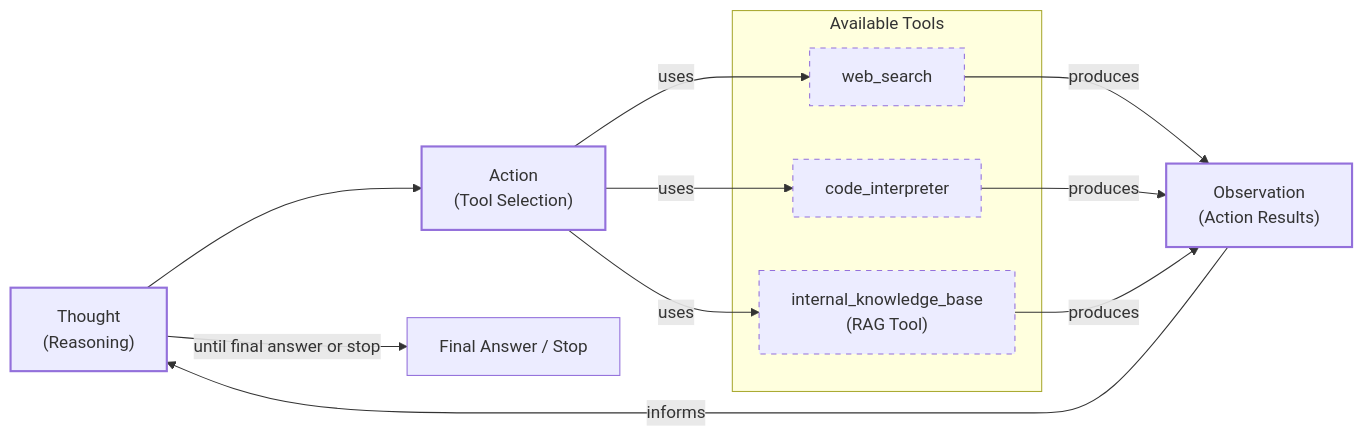
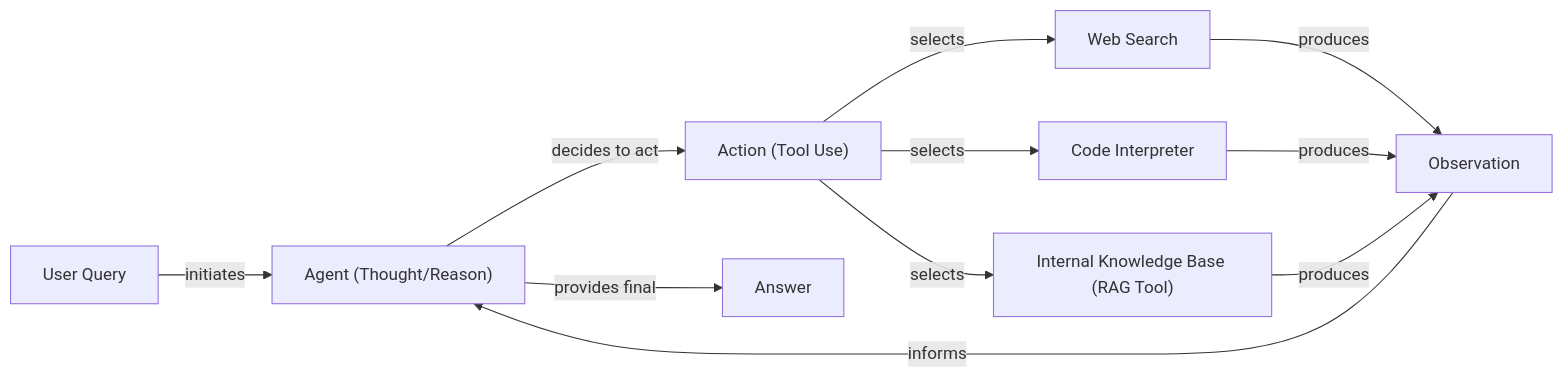
One commit to YMaXing/Research-Agent-reinforced-by-RL changed the fourth of 4 diagrams in RL_researcher_writer_ymaxing/rl_training_data/noise_experiment/09_RAG__var_standard__replicate1__preset1/article.md. Above: the diagram before and after it, drawn with Mermaid. The commit also changed other lines of this file and 4528 other files, not shown here.

````diff
--- a/RL_researcher_writer_ymaxing/rl_training_data/noise_experiment/09_RAG__var_standard__replicate1__preset1/article.md
+++ b/RL_researcher_writer_ymaxing/rl_training_data/noise_experiment/09_RAG__var_standard__replicate1__preset1/article.md
@@ -209,30 +170,21 @@
 ```mermaid
 flowchart LR
-  %% Agentic RAG System Main Loop
-  Thought["Thought<br/>(Reasoning)"] --> Action["Action<br/>(Tool Selection)"]
+    A["User Query"] -- "initiates" --> B["Agent (Thought/Reason)"]
 
-  subgraph Tools["Available Tools"]
-    web_search["web_search"]
-    code_interpreter["code_interpreter"]
-    internal_knowledge_base["internal_knowledge_base<br/>(RAG Tool)"]
-  end
+    %% Agent's decision paths
+    B -- "decides to act" --> C["Action (Tool Use)"]
+    B -- "provides final" --> D["Answer"]
 
-  Action -- "uses" --> web_search
-  Action -- "uses" --> code_interpreter
-  Action -- "uses" --> internal_knowledge_base
+    %% Tool selection from Action
+    C -- "selects" --> E["Web Search"]
+    C -- "selects" --> F["Code Interpreter"]
+    C -- "selects" --> G["Internal Knowledge Base (RAG Tool)"]
 
-  web_search -- "produces" --> Observation["Observation<br/>(Action Results)"]
-  code_interpreter -- "produces" --> Observation
-  internal_knowledge_base -- "produces" --> Observation
+    %% Tool output leads to Observation
+    E -- "produces" --> H["Observation"]
+    F -- "produces" --> H
+    G -- "produces" --> H
 
-  Observation -- "informs" --> Thought
-
-  %% Exit Condition
-  Thought -- "until final answer or stop" --> FinalAnswer["Final Answer / Stop"]
-
-  %% Visual grouping
-  classDef process stroke-width:2px
-  classDef tool stroke-dasharray:5,5
-  class Thought,Action,Observation process
-  class web_search,code_interpreter,internal_knowledge_base tool
+    %% Observation loops back to Agent
+    H -- "informs" --> B
 ```
````
